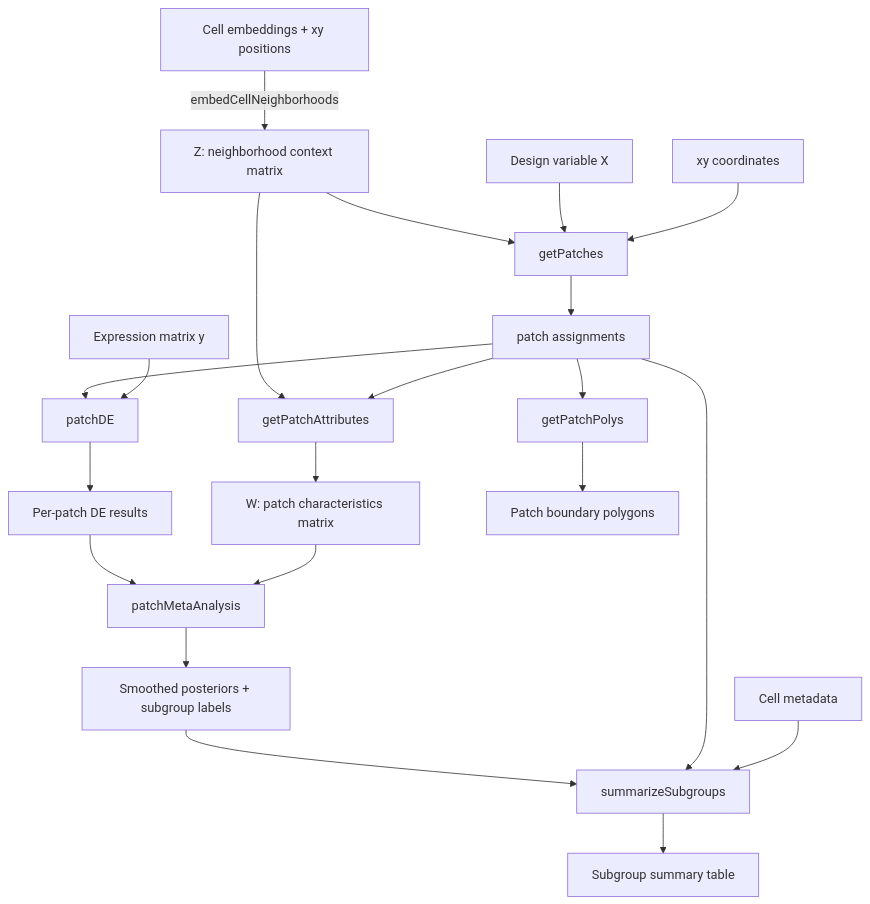
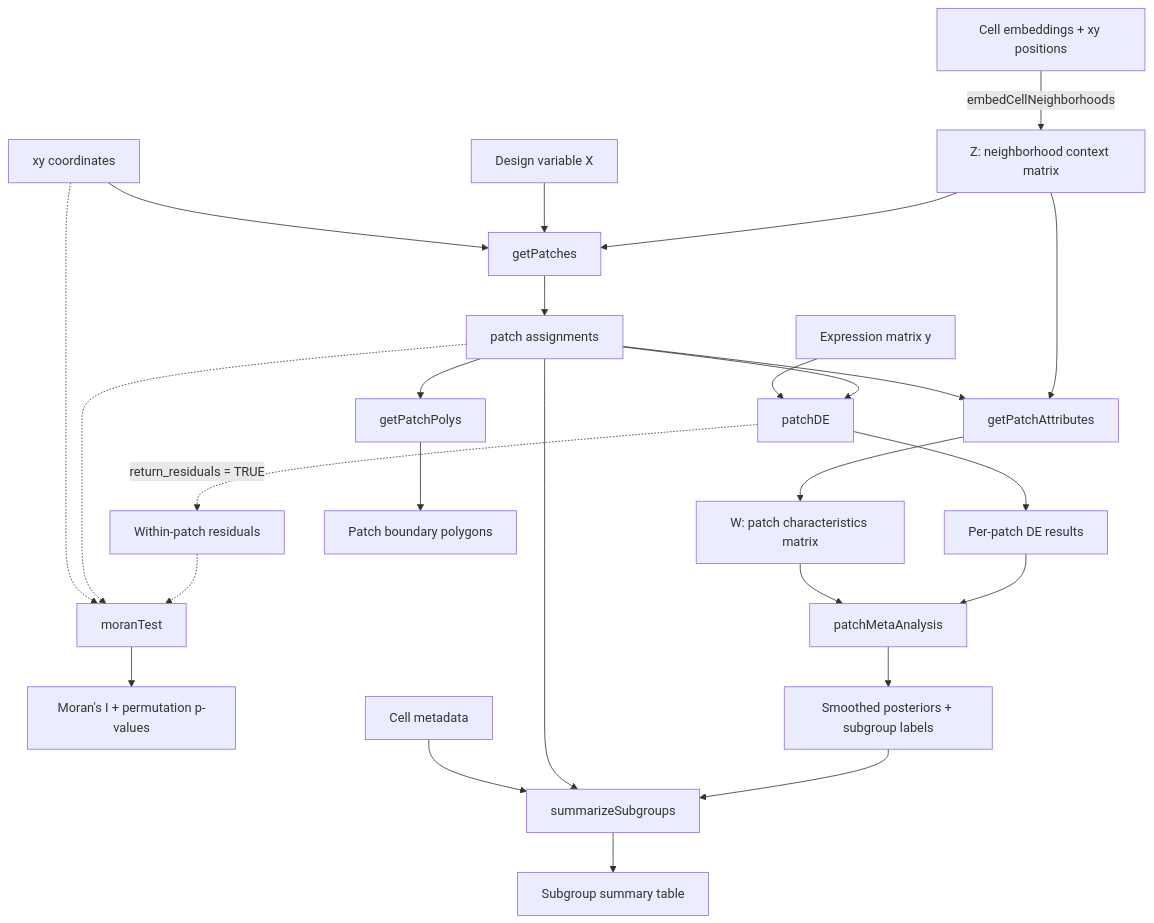
The diagram in README.md (mcalgaro93/SpaceMosaic), drawn with Mermaid before and after one commit. The commit also changed other lines of this file, not shown here.

Commit message:
Document residual Moran workflow
Add the optional residual diagnostic to the workflow diagram and function overview.

````diff
--- a/README.md
+++ b/README.md
@@ -13,28 +13,34 @@
 ```mermaid
 flowchart TD
     A[Cell embeddings + xy positions] -->|embedCellNeighborhoods| B[Z: neighborhood context matrix]
     B --> C[getPatches]
     X[Design variable X] --> C
     XY[xy coordinates] --> C
     C --> D[patch assignments]
     
     D --> E[patchDE]
     Y[Expression matrix y] --> E
     E --> F[Per-patch DE results]
+
+    E -.->|return_residuals = TRUE| R[Within-patch residuals]
+    R -.-> MI[moranTest]
+    D -.-> MI
+    XY -.-> MI
+    MI --> MD[Moran's I + permutation p-values]
     
     B --> G[getPatchAttributes]
     D --> G
     G --> H[W: patch characteristics matrix]
     
     F --> I[patchMetaAnalysis]
     H --> I
     I --> J[Smoothed posteriors + subgroup labels]
     
     J --> K[summarizeSubgroups]
     D --> K
     META[Cell metadata] --> K
     K --> L[Subgroup summary table]
     
     D --> M[getPatchPolys]
     M --> N[Patch boundary polygons]
 ```
````
